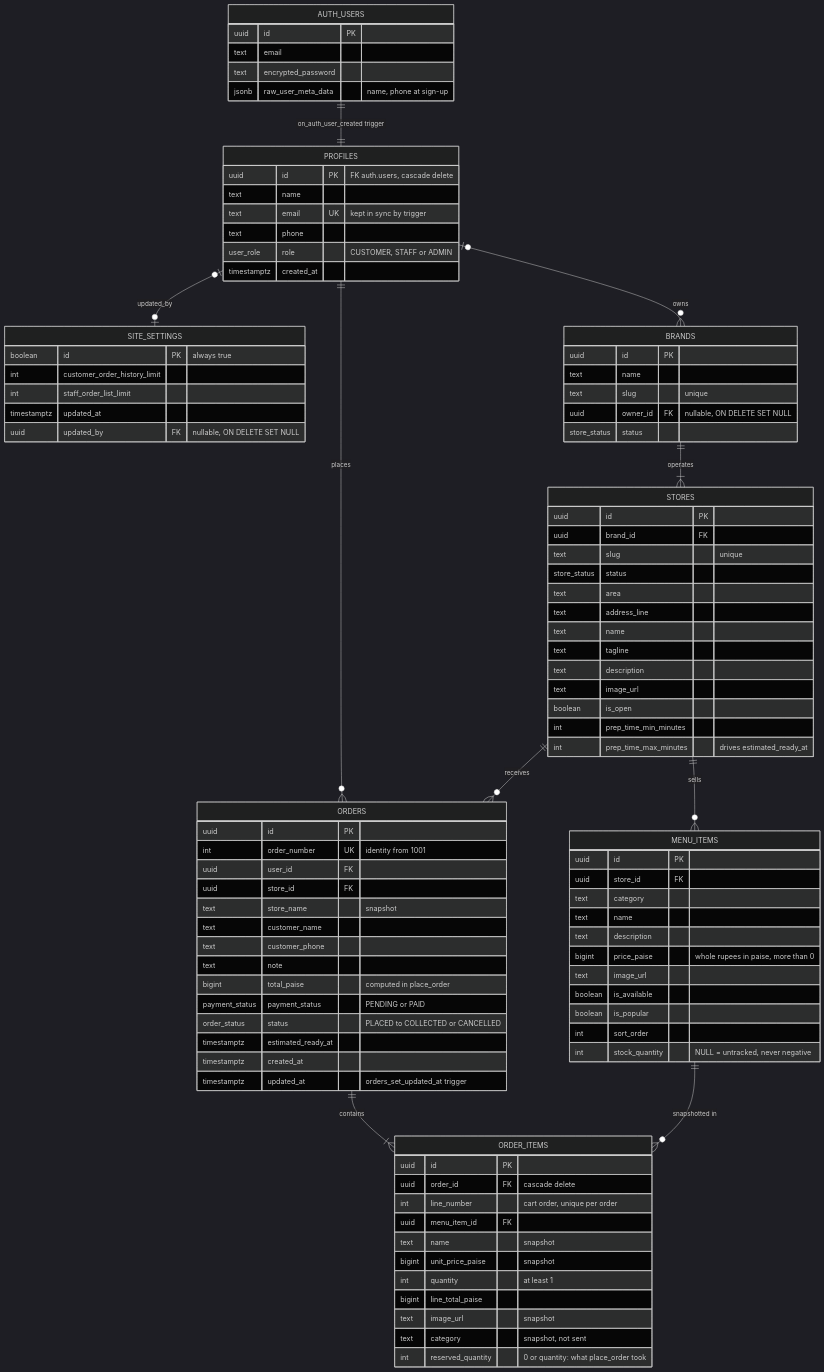
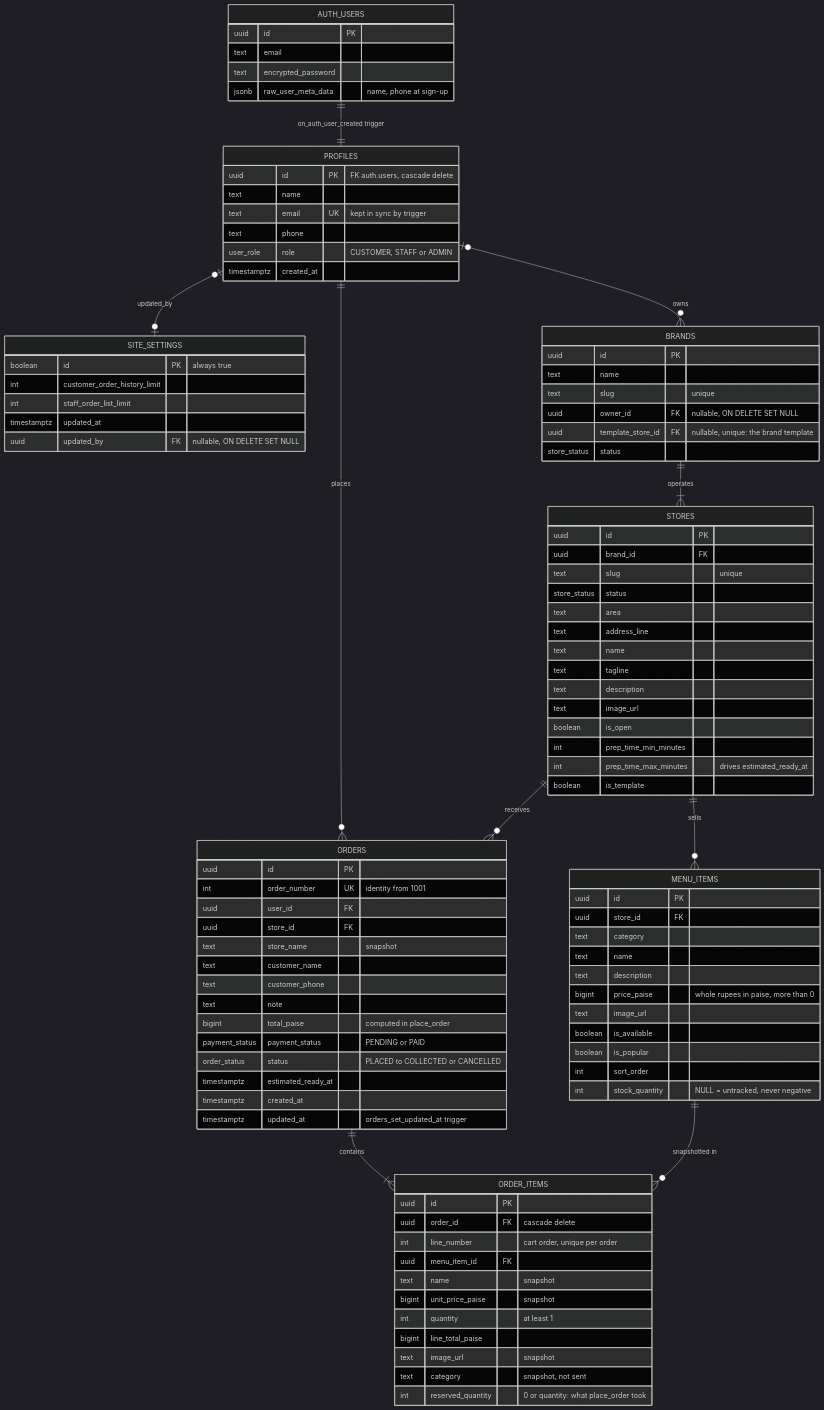
Diagram 29 of 29 in docs/ARCHITECTURE.md (The-KhaNha/KhaNha), drawn with Mermaid (dark theme) before and after one commit. The commit also changed other lines of this file and 15 other files, not shown here.

First line of the commit message:
P3 PR 01: the brand template and its lineage

```diff
--- a/docs/ARCHITECTURE.md
+++ b/docs/ARCHITECTURE.md
@@ -1044,6 +1044,7 @@
     text name
     text slug "unique"
     uuid owner_id FK "nullable, ON DELETE SET NULL"
+    uuid template_store_id FK "nullable, unique: the brand template"
     store_status status
   }
   STORES {
@@ -1060,6 +1061,7 @@
     boolean is_open
     int prep_time_min_minutes
     int prep_time_max_minutes "drives estimated_ready_at"
+    boolean is_template
   }
   MENU_ITEMS {
     uuid id PK
```
